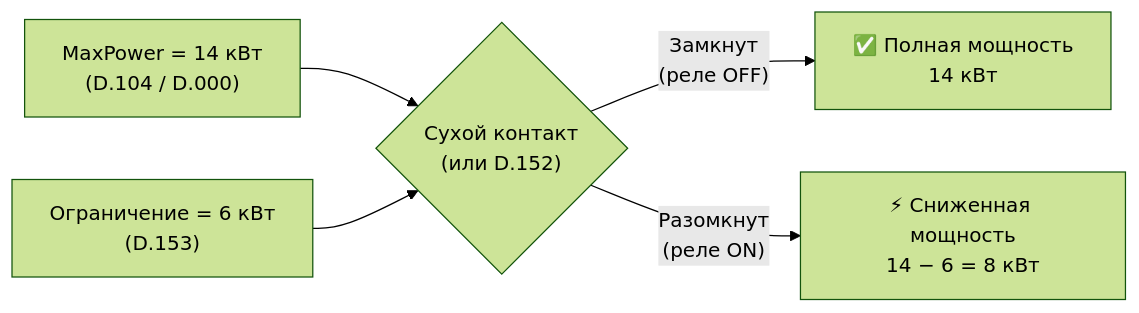
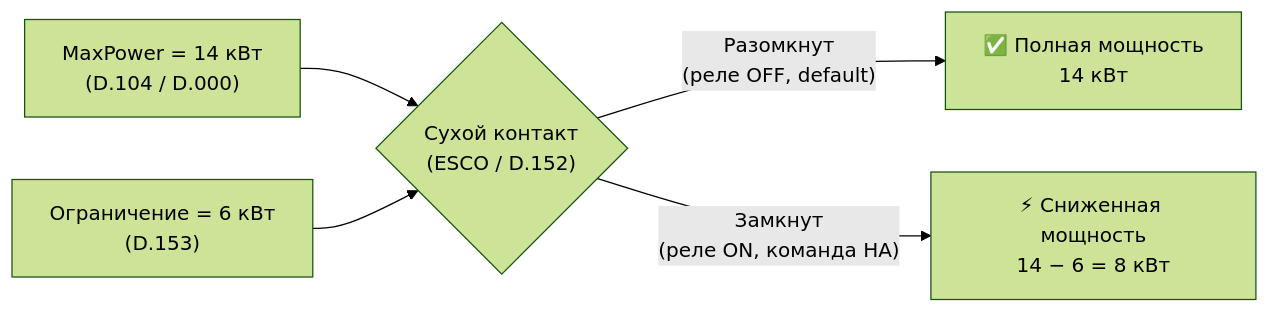
The fourth of 7 diagrams in HABR_ARTICLE.md (Gfermoto/Vaillant), drawn with Mermaid (forest theme) before and after one commit. The commit also changed other lines of this file and 5 other files, not shown here.

````diff
--- a/HABR_ARTICLE.md
+++ b/HABR_ARTICLE.md
@@ -413,8 +413,8 @@
 ```mermaid
 graph LR
     A["MaxPower = 14 кВт\n(D.104 / D.000)"] --> C
     B["Ограничение = 6 кВт\n(D.153)"] --> C
-    C{"Сухой контакт\n(или D.152)"}
-    C -- "Замкнут\n(реле OFF)" --> D["✅ Полная мощность\n14 кВт"]
-    C -- "Разомкнут\n(реле ON)" --> E["⚡ Сниженная мощность\n14 − 6 = 8 кВт"]
+    C{"Сухой контакт\n(ESCO / D.152)"}
+    C -- "Разомкнут\n(реле OFF, default)" --> D["✅ Полная мощность\n14 кВт"]
+    C -- "Замкнут\n(реле ON, команда HA)" --> E["⚡ Сниженная мощность\n14 − 6 = 8 кВт"]
 ```
````
